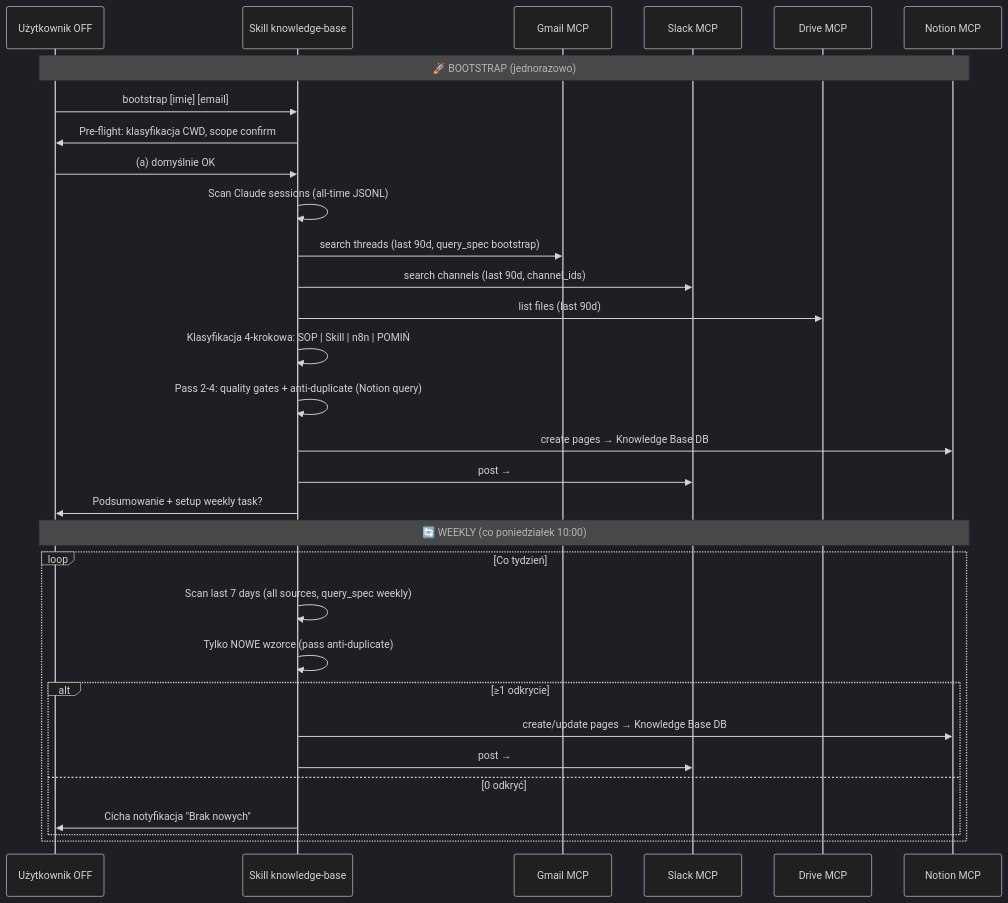
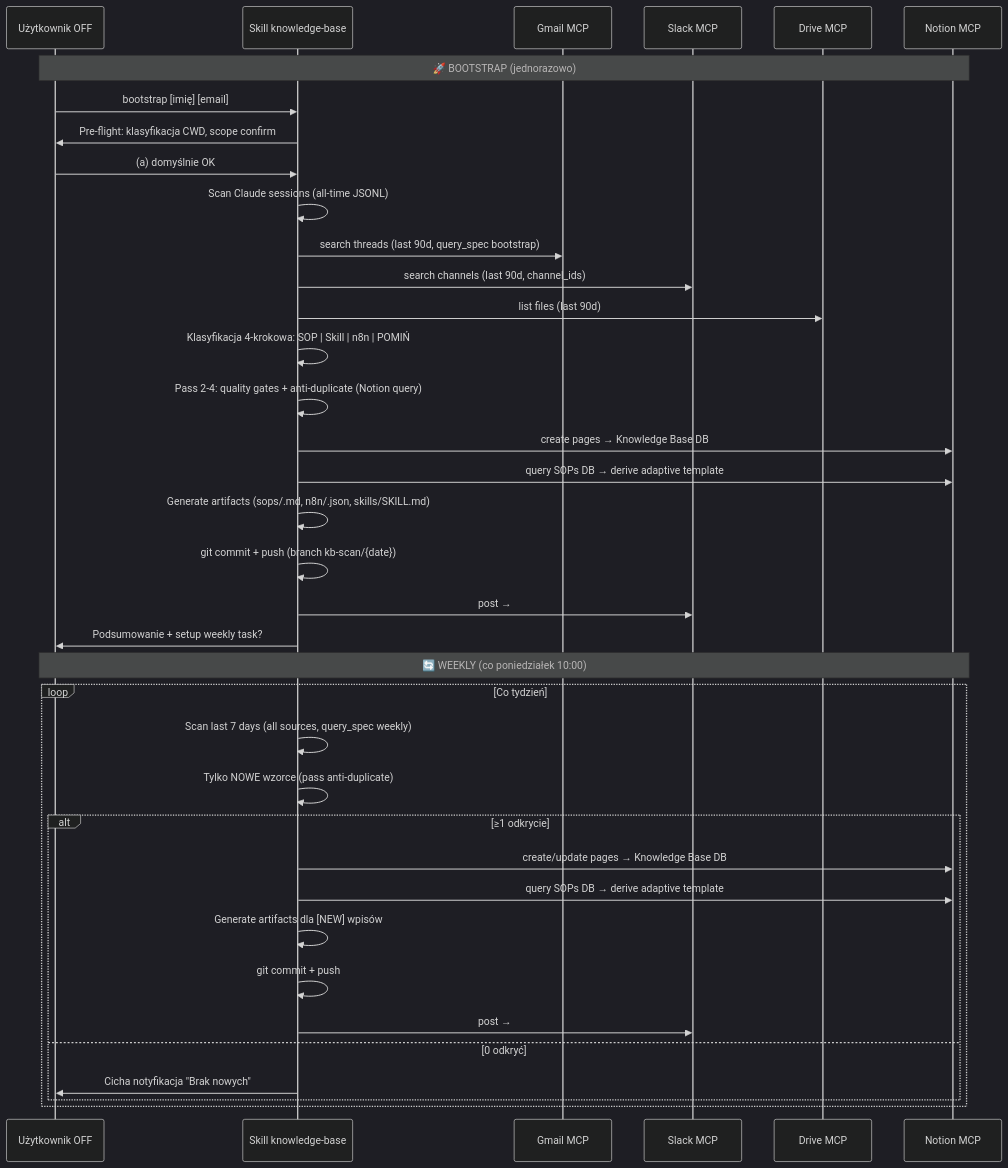
Before and after one commit to msm-glitch/knowledge-base: the third of 5 diagrams in FLOW.md, drawn with Mermaid (dark theme). The commit also changed other lines of this file and 3 other files, not shown here.

````diff
--- a/FLOW.md
+++ b/FLOW.md
@@ -78,37 +85,43 @@
 ```mermaid
 sequenceDiagram
     participant U as Użytkownik OFF
     participant S as Skill knowledge-base
     participant G as Gmail MCP
     participant SL as Slack MCP
     participant D as Drive MCP
     participant N as Notion MCP
 
     Note over U,N: 🚀 BOOTSTRAP (jednorazowo)
 
     U->>S: bootstrap [imię] [email]
     S->>U: Pre-flight: klasyfikacja CWD, scope confirm
     U->>S: (a) domyślnie OK
     S->>S: Scan Claude sessions (all-time JSONL)
     S->>G: search threads (last 90d, query_spec bootstrap)
     S->>SL: search channels (last 90d, channel_ids)
     S->>D: list files (last 90d)
     S->>S: Klasyfikacja 4-krokowa: SOP | Skill | n8n | POMIŃ
     S->>S: Pass 2-4: quality gates + anti-duplicate (Notion query)
     S->>N: create pages → Knowledge Base DB
-    S->>SL: post → #ai-feedback
+    S->>N: query SOPs DB → derive adaptive template
+    S->>S: Generate artifacts (sops/.md, n8n/.json, skills/SKILL.md)
+    S->>S: git commit + push (branch kb-scan/{date})
+    S->>SL: post → #ai-feedback (z linkami do artefaktów)
     S->>U: Podsumowanie + setup weekly task?
 
     Note over U,N: 🔄 WEEKLY (co poniedziałek 10:00)
 
     loop Co tydzień
         S->>S: Scan last 7 days (all sources, query_spec weekly)
         S->>S: Tylko NOWE wzorce (pass anti-duplicate)
         alt ≥1 odkrycie
             S->>N: create/update pages → Knowledge Base DB
+            S->>N: query SOPs DB → derive adaptive template
+            S->>S: Generate artifacts dla [NEW] wpisów
+            S->>S: git commit + push
             S->>SL: post → #ai-feedback (jeśli High priority)
         else 0 odkryć
             S->>U: Cicha notyfikacja "Brak nowych"
         end
     end
 ```
````
